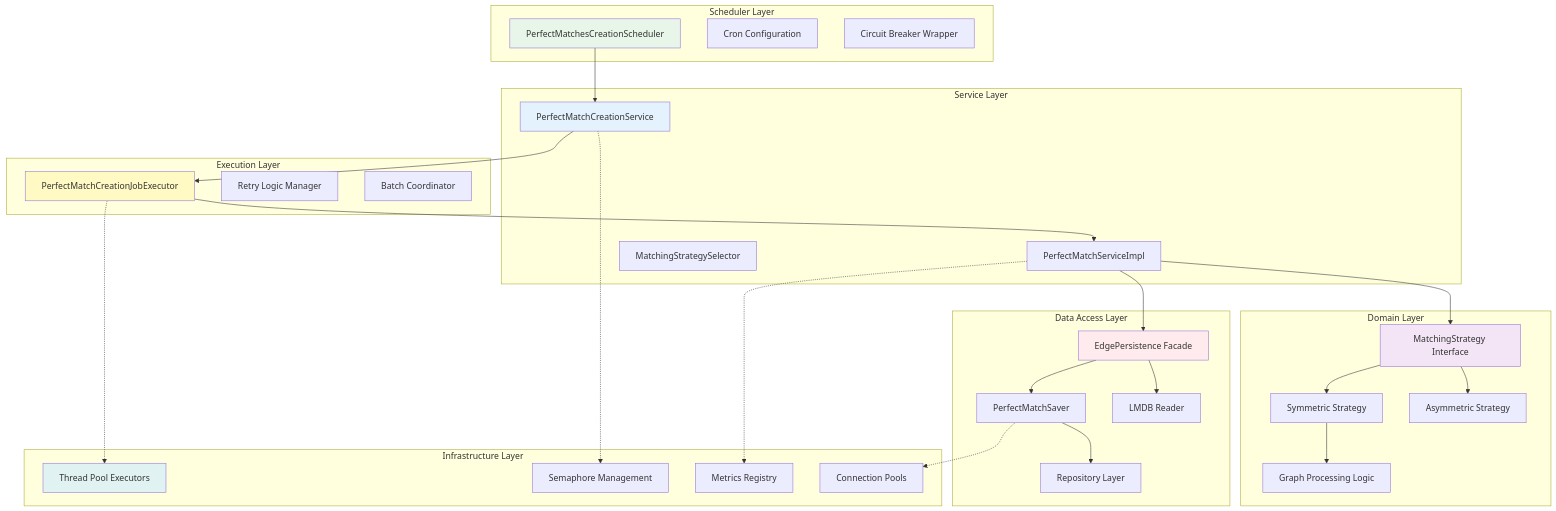
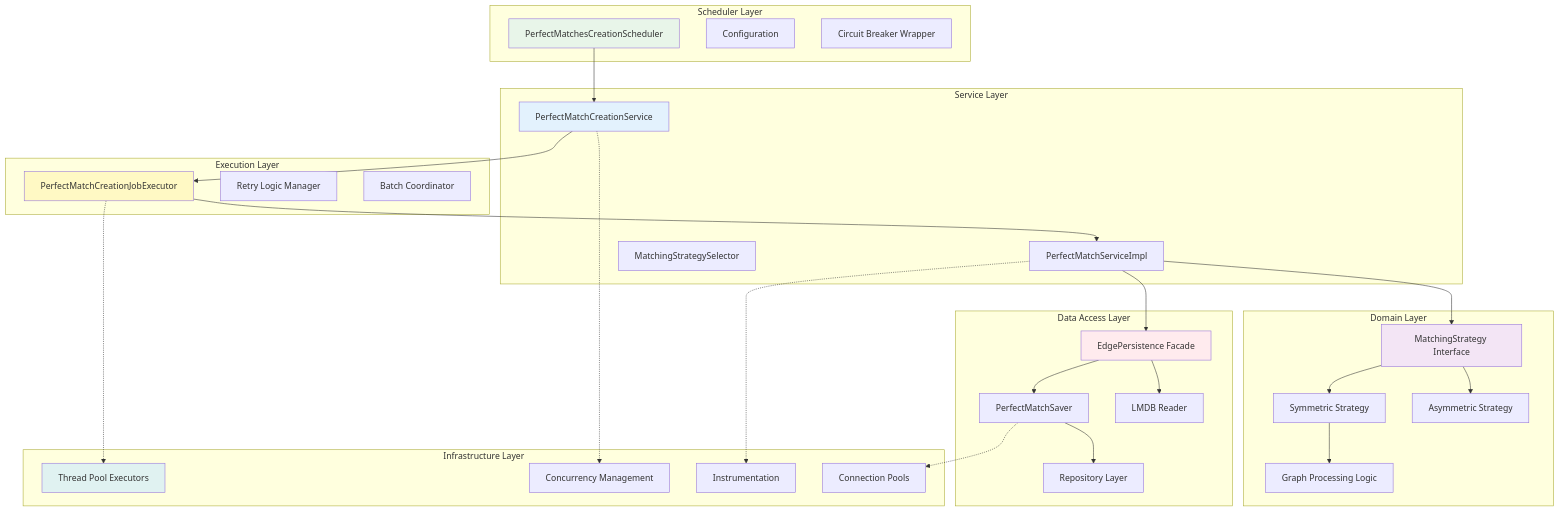
One commit to kagit00/schedule_x changed the fifth of 8 diagrams in docs/High Level Designs/ScheduledPerfectMatchesCreation.md. Above: the diagram before and after it, drawn with Mermaid. The commit also changed other lines of this file and 7 other files, not shown here.

````diff
--- a/docs/High Level Designs/ScheduledPerfectMatchesCreation.md
+++ b/docs/High Level Designs/ScheduledPerfectMatchesCreation.md
@@ -337,65 +291,65 @@
 ```mermaid
 graph TB
     subgraph "Scheduler Layer"
         SL1[PerfectMatchesCreationScheduler]
-        SL2[Cron Configuration]
+        SL2[Configuration]
         SL3[Circuit Breaker Wrapper]
     end
     
     subgraph "Service Layer"
         SV1[PerfectMatchCreationService]
         SV2[PerfectMatchServiceImpl]
         SV3[MatchingStrategySelector]
     end
     
     subgraph "Execution Layer"
         EX1[PerfectMatchCreationJobExecutor]
         EX2[Retry Logic Manager]
         EX3[Batch Coordinator]
     end
     
     subgraph "Domain Layer"
         DM1[MatchingStrategy Interface]
         DM2[Symmetric Strategy]
         DM3[Asymmetric Strategy]
         DM4[Graph Processing Logic]
     end
     
     subgraph "Data Access Layer"
         DA1[EdgePersistence Facade]
         DA2[PerfectMatchSaver]
         DA3[Repository Layer]
         DA4[LMDB Reader]
     end
     
     subgraph "Infrastructure Layer"
         IN1[Thread Pool Executors]
-        IN2[Semaphore Management]
-        IN3[Metrics Registry]
+        IN2[Concurrency Management]
+        IN3[Instrumentation]
         IN4[Connection Pools]
     end
     
     SL1 --> SV1
     SV1 --> EX1
     EX1 --> SV2
     SV2 --> DM1
     SV2 --> DA1
     DM1 --> DM2
     DM1 --> DM3
     DM2 --> DM4
     DA1 --> DA4
     DA1 --> DA2
     DA2 --> DA3
     
     SV1 -.-> IN2
     EX1 -.-> IN1
     DA2 -.-> IN4
     SV2 -.-> IN3
     
     style SL1 fill:#E8F5E9
     style SV1 fill:#E3F2FD
     style EX1 fill:#FFF9C4
     style DM1 fill:#F3E5F5
     style DA1 fill:#FFEBEE
     style IN1 fill:#E0F2F1
 ```
````
